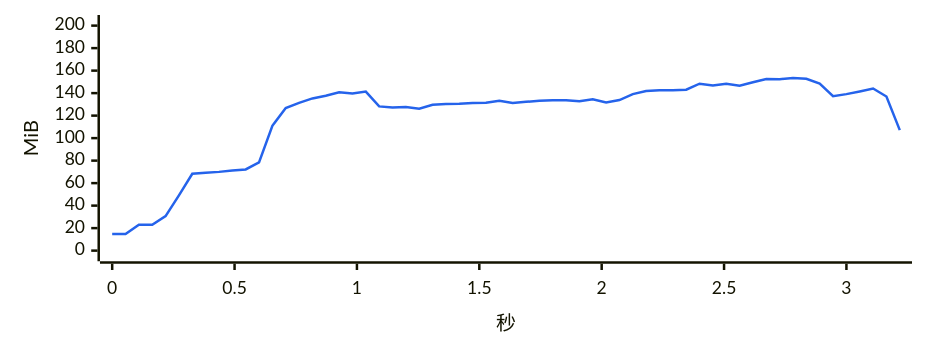
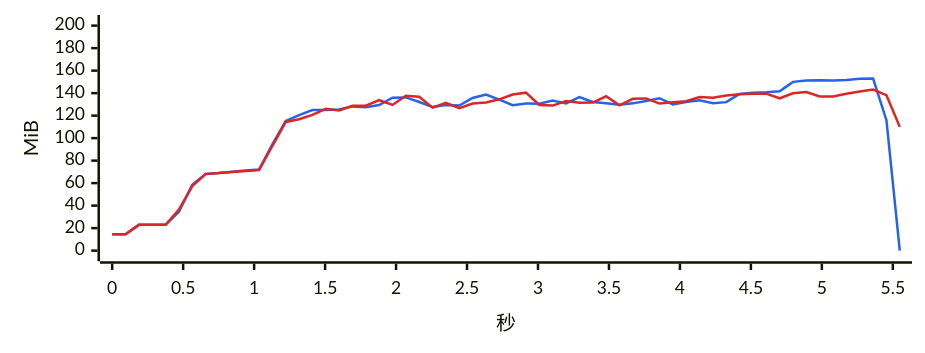
The sixth of 17 diagrams in bench/v4.0.0/summary.md (334456777/WeFlow), drawn with Mermaid before and after one commit. The commit also changed other lines of this file and 3 other files, not shown here.

````diff
--- a/bench/v4.0.0/summary.md
+++ b/bench/v4.0.0/summary.md
@@ -339,7 +342,8 @@
 ```mermaid
-%%{init: {"xyChart": {"width": 720, "height": 260}, "themeVariables": {"xyChart": {"plotColorPalette": "#2563eb"}}}}%%
+%%{init: {"xyChart": {"width": 720, "height": 260}, "themeVariables": {"xyChart": {"plotColorPalette": "#2563eb, #dc2626"}}}}%%
 xychart-beta
-    x-axis "秒" 0 --> 3.218
+    x-axis "秒" 0 --> 5.549
     y-axis "MiB" 0 --> 200
-    line [14.7, 14.7, 23.0, 23.0, 30.7, 49.1, 68.3, 69.2, 70.0, 71.3, 72.2, 78.4, 111.0, 126.8, 131.3, 135.3, 137.6, 140.8, 139.6, 141.4, 128.2, 127.3, 127.7, 126.2, 129.7, 130.3, 130.5, 131.3, 131.5, 133.3, 131.3, 132.3, 133.2, 133.6, 133.6, 132.8, 134.5, 131.7, 133.8, 139.1, 141.9, 142.6, 142.5, 143.0, 148.4, 146.7, 148.3, 146.6, 149.7, 152.6, 152.4, 153.4, 152.7, 148.5, 137.3, 139.1, 141.5, 144.1, 137.0, 107.1]
+    line [14.6, 14.6, 22.9, 22.9, 22.9, 34.5, 58.5, 68.2, 69.0, 70.2, 71.2, 72.1, 94.4, 115.3, 120.4, 124.9, 125.0, 125.4, 128.2, 127.4, 129.4, 135.9, 136.2, 132.1, 127.6, 129.5, 129.0, 135.7, 138.8, 134.2, 129.2, 130.8, 130.5, 133.4, 130.8, 136.5, 132.1, 130.9, 129.6, 130.9, 133.0, 135.5, 130.0, 132.2, 133.7, 131.1, 132.0, 139.2, 140.4, 140.7, 141.6, 150.0, 151.2, 151.5, 151.2, 151.6, 152.8, 153.0, 115.9, 0.0]
+    line [14.6, 14.6, 22.9, 22.9, 22.9, 36.5, 57.4, 68.0, 68.9, 69.8, 70.8, 71.6, 93.0, 114.4, 116.8, 120.7, 126.0, 124.5, 128.7, 128.8, 133.7, 129.5, 137.7, 136.7, 127.1, 131.3, 126.7, 130.8, 131.7, 134.5, 138.7, 140.4, 129.5, 128.9, 132.9, 131.4, 131.6, 137.2, 129.1, 134.9, 135.3, 130.7, 131.8, 132.8, 136.6, 135.9, 137.8, 138.9, 139.5, 139.5, 135.4, 139.9, 141.0, 137.0, 137.0, 139.4, 141.5, 143.2, 138.2, 110.0]
 ```
````
